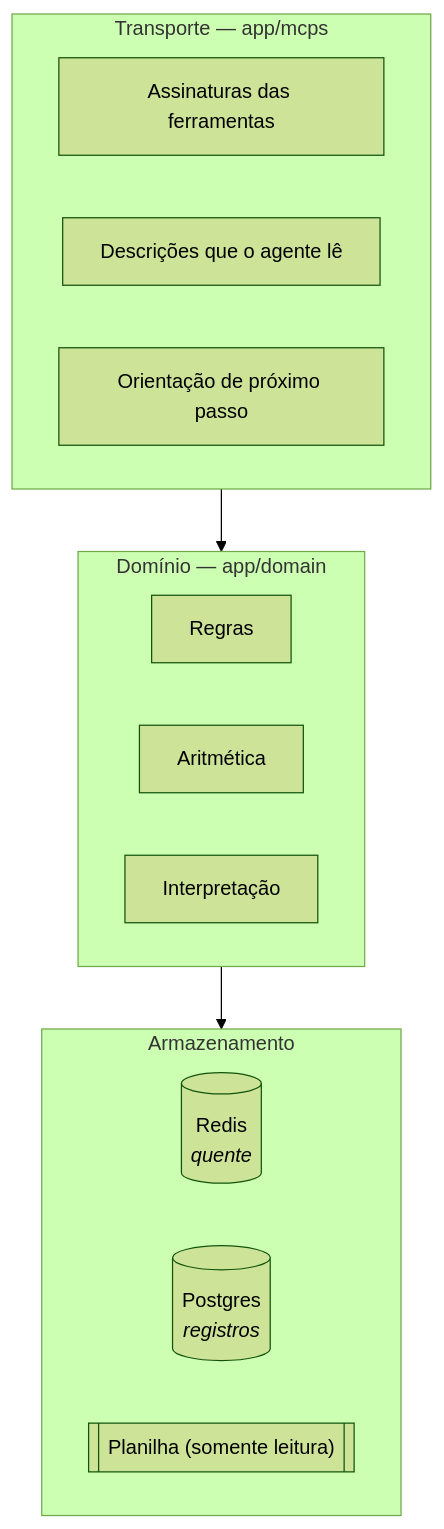
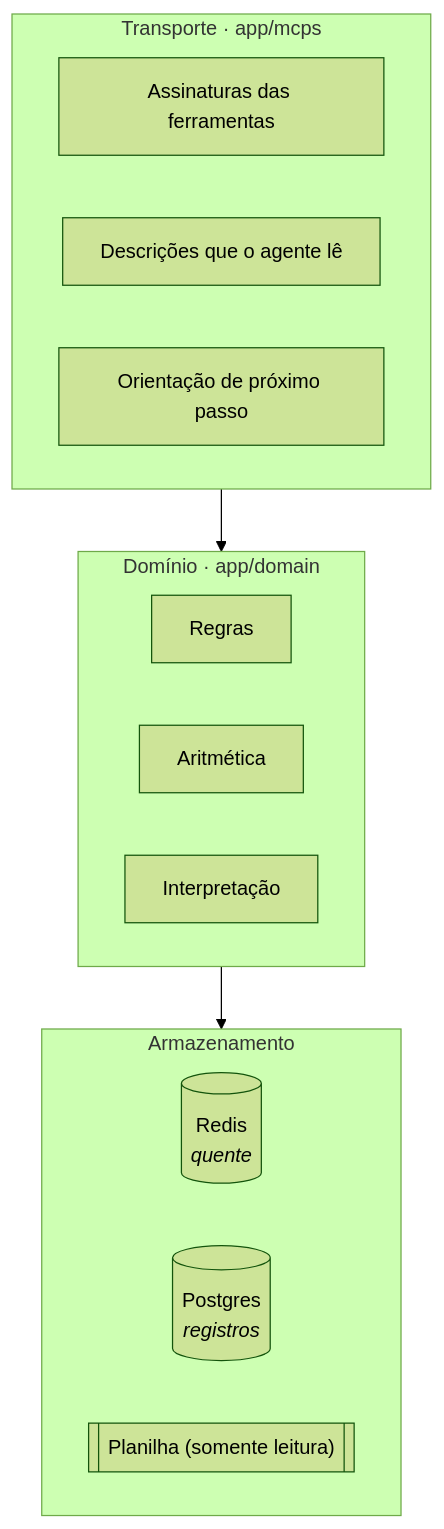
Before and after one commit to lrdsouza/jacquinho: the third of 6 diagrams in docs/arquitetura.md, drawn with Mermaid (forest theme). The commit also changed other lines of this file and 10 other files, not shown here.

````diff
--- a/docs/arquitetura.md
+++ b/docs/arquitetura.md
@@ -79,22 +89,22 @@
 ```mermaid
 flowchart TB
-    subgraph T["Transporte — app/mcps"]
+    subgraph T["Transporte · app/mcps"]
         direction LR
         t1["Assinaturas das ferramentas"]
         t2["Descrições que o agente lê"]
         t3["Orientação de próximo passo"]
     end
-    subgraph D["Domínio — app/domain"]
+    subgraph D["Domínio · app/domain"]
         direction LR
         d1["Regras"]
         d2["Aritmética"]
         d3["Interpretação"]
     end
     subgraph S["Armazenamento"]
         direction LR
         s1[("Redis<br/><i>quente</i>")]
         s2[("Postgres<br/><i>registros</i>")]
         s3[["Planilha (somente leitura)"]]
     end
     T --> D --> S
 ```
````
